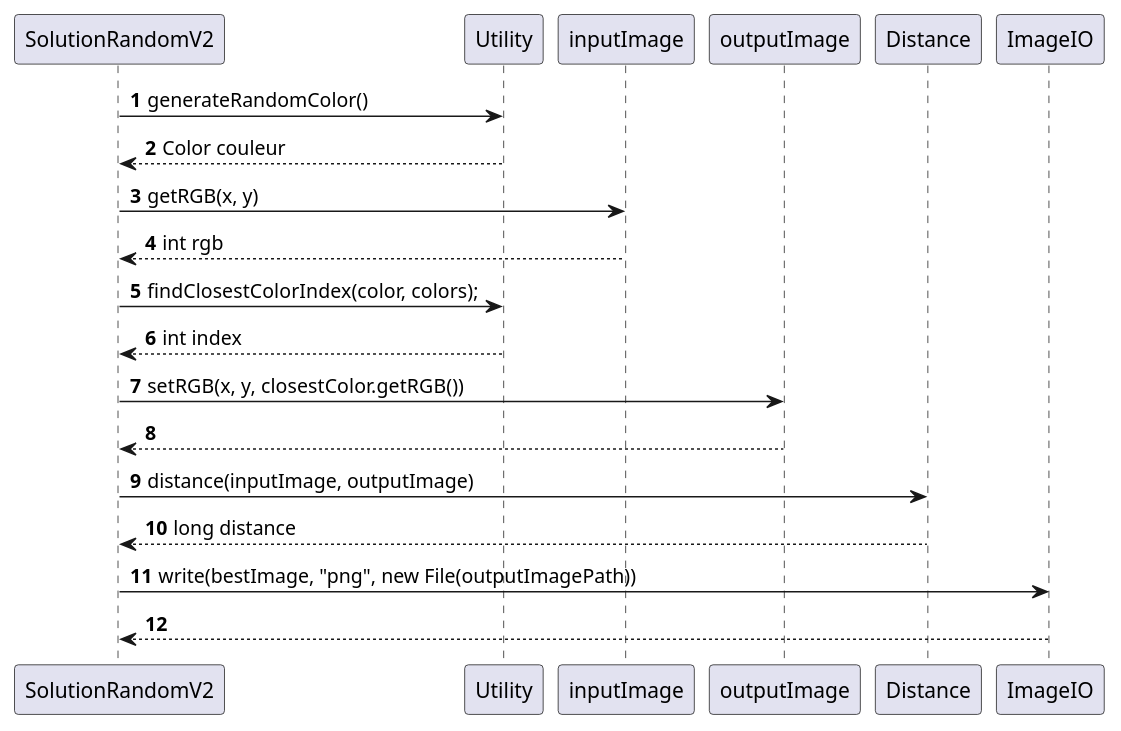
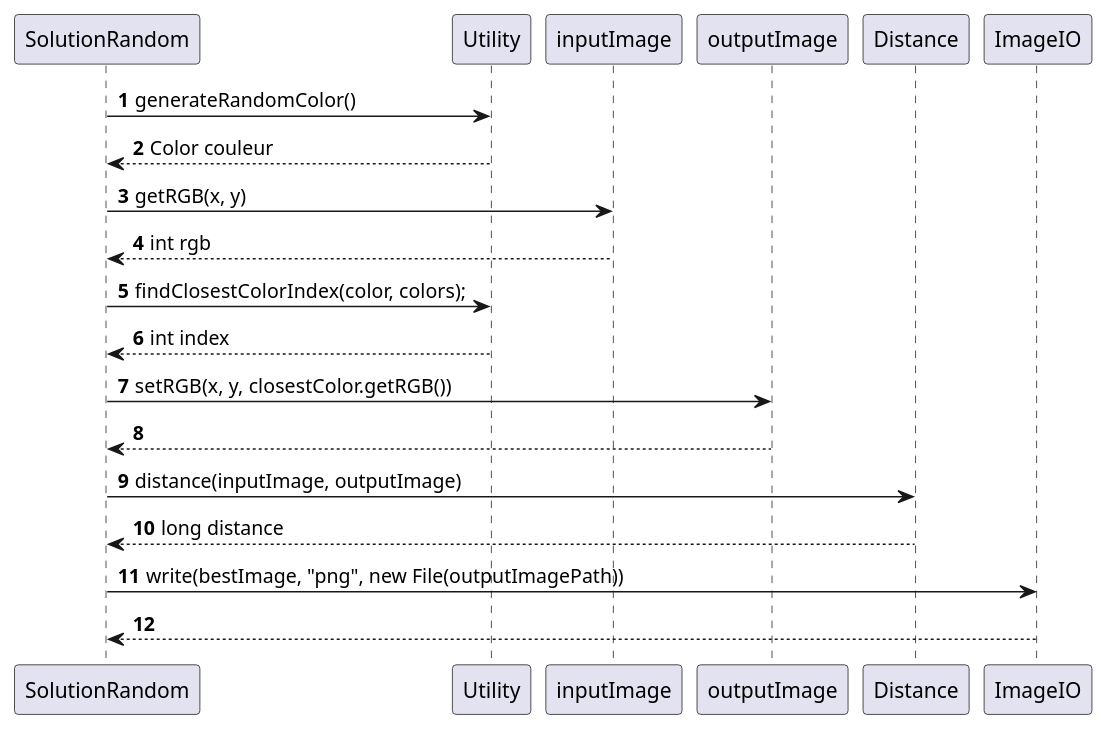
The diagram in ressources/SolutionRandom.puml (CochonHalal/SAE_manipulation_d-images), drawn with PlantUML before and after one commit. The commit also changed 2 other files, not shown here.

Commit message:
SolutionKMeans débuggé

```diff
--- a/ressources/SolutionRandom.puml
+++ b/ressources/SolutionRandom.puml
@@ -1,24 +1,24 @@
 @startuml
 'https://plantuml.com/sequence-diagram
 
 autonumber
 
-SolutionRandomV2 -> Utility: generateRandomColor()
-SolutionRandomV2 <-- Utility: Color couleur
+SolutionRandom -> Utility: generateRandomColor()
+SolutionRandom <-- Utility: Color couleur
 
-SolutionRandomV2 -> inputImage : getRGB(x, y)
-SolutionRandomV2 <-- inputImage : int rgb
+SolutionRandom -> inputImage : getRGB(x, y)
+SolutionRandom <-- inputImage : int rgb
 
-SolutionRandomV2 -> Utility : findClosestColorIndex(color, colors);
-SolutionRandomV2 <-- Utility : int index
+SolutionRandom -> Utility : findClosestColorIndex(color, colors);
+SolutionRandom <-- Utility : int index
 
-SolutionRandomV2 -> outputImage : setRGB(x, y, closestColor.getRGB())
-SolutionRandomV2 <-- outputImage
+SolutionRandom -> outputImage : setRGB(x, y, closestColor.getRGB())
+SolutionRandom <-- outputImage
 
-SolutionRandomV2 -> Distance : distance(inputImage, outputImage)
-SolutionRandomV2 <-- Distance : long distance
+SolutionRandom -> Distance : distance(inputImage, outputImage)
+SolutionRandom <-- Distance : long distance
 
-SolutionRandomV2 -> ImageIO : write(bestImage, "png", new File(outputImagePath))
-SolutionRandomV2 <-- ImageIO
+SolutionRandom -> ImageIO : write(bestImage, "png", new File(outputImagePath))
+SolutionRandom <-- ImageIO
 
 @enduml
```
